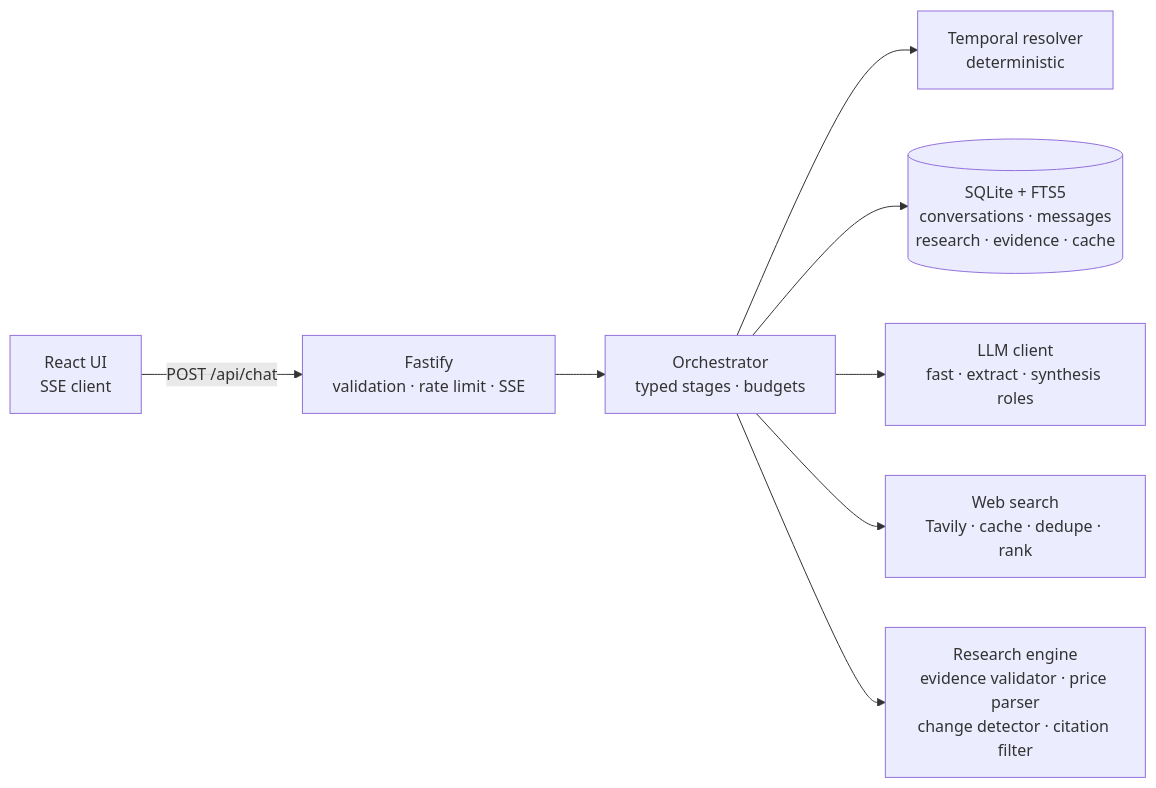
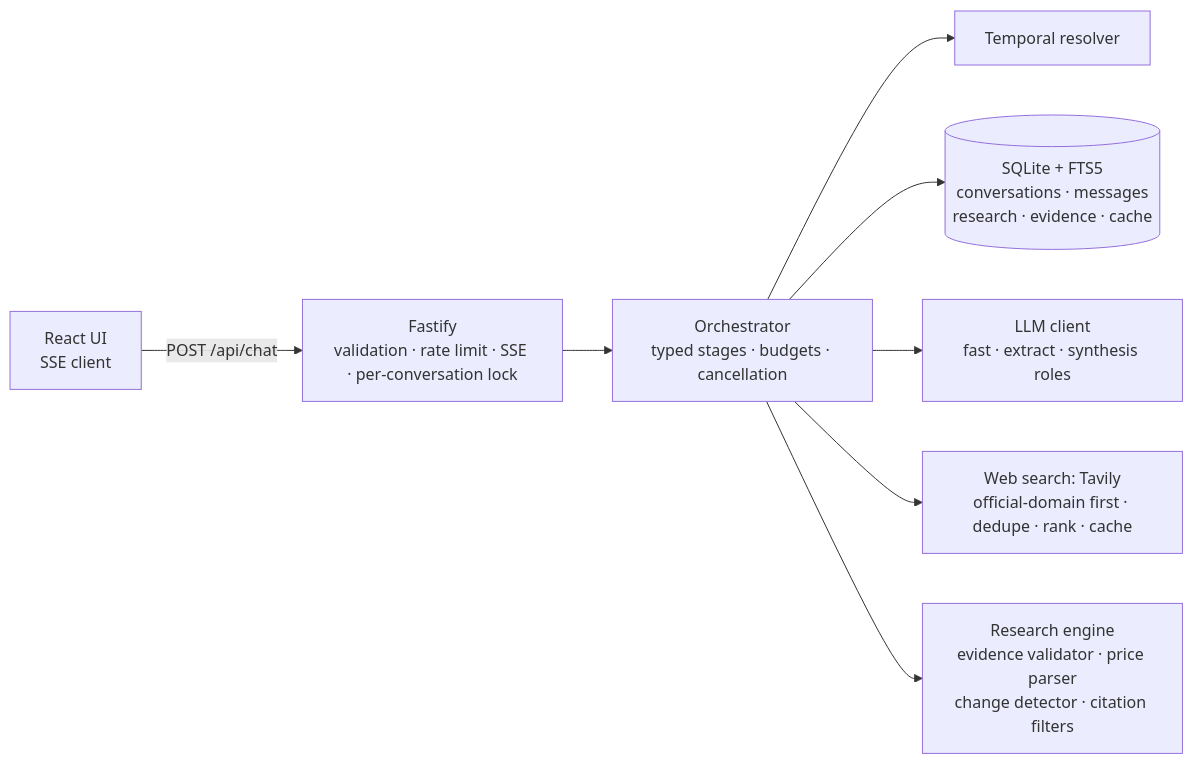
The diagram in README.md (Mmukund-31/MINIMI), drawn with Mermaid before and after one commit. The commit also changed other lines of this file and 43 other files, not shown here.

````diff
--- a/README.md
+++ b/README.md
@@ -57,10 +41,10 @@
 ```mermaid
 flowchart LR
-  UI[React UI<br/>SSE client] -->|POST /api/chat| API[Fastify<br/>validation · rate limit · SSE]
-  API --> O[Orchestrator<br/>typed stages · budgets]
-  O --> T[Temporal resolver<br/>deterministic]
+  UI[React UI<br/>SSE client] -->|POST /api/chat| API[Fastify<br/>validation · rate limit · SSE · per-conversation lock]
+  API --> O[Orchestrator<br/>typed stages · budgets · cancellation]
+  O --> T[Temporal resolver]
   O --> M[(SQLite + FTS5<br/>conversations · messages<br/>research · evidence · cache)]
   O --> L[LLM client<br/>fast · extract · synthesis roles]
-  O --> S[Web search<br/>Tavily · cache · dedupe · rank]
-  O --> R[Research engine<br/>evidence validator · price parser<br/>change detector · citation filter]
+  O --> S[Web search: Tavily<br/>official-domain first · dedupe · rank · cache]
+  O --> R[Research engine<br/>evidence validator · price parser<br/>change detector · citation filters]
 ```
````
